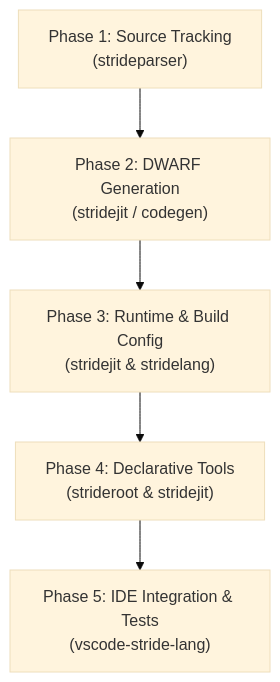
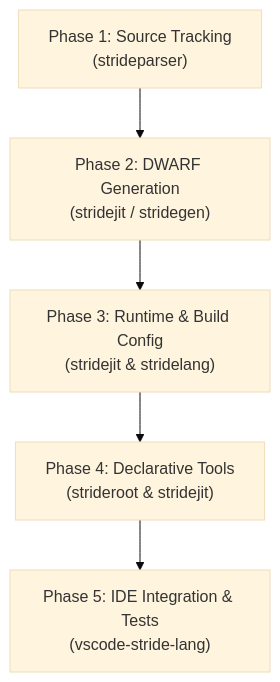
Before and after one commit to StrideLang/stridejit: the diagram in doc/debugging_implementation_plan.md, drawn with Mermaid (base theme). The commit also changed other lines of this file and 8 other files, not shown here.

````diff
--- a/doc/debugging_implementation_plan.md
+++ b/doc/debugging_implementation_plan.md
@@ -48,7 +48,7 @@
 ```mermaid
 flowchart TD
-    P1["Phase 1: Source Tracking<br/>(strideparser)"] --> P2["Phase 2: DWARF Generation<br/>(stridejit / codegen)"]
+    P1["Phase 1: Source Tracking<br/>(strideparser)"] --> P2["Phase 2: DWARF Generation<br/>(stridejit / stridegen)"]
     P2 --> P3["Phase 3: Runtime & Build Config<br/>(stridejit & stridelang)"]
     P3 --> P4["Phase 4: Declarative Tools<br/>(strideroot & stridejit)"]
     P4 --> P5["Phase 5: IDE Integration & Tests<br/>(vscode-stride-lang)"]
 ```
````
